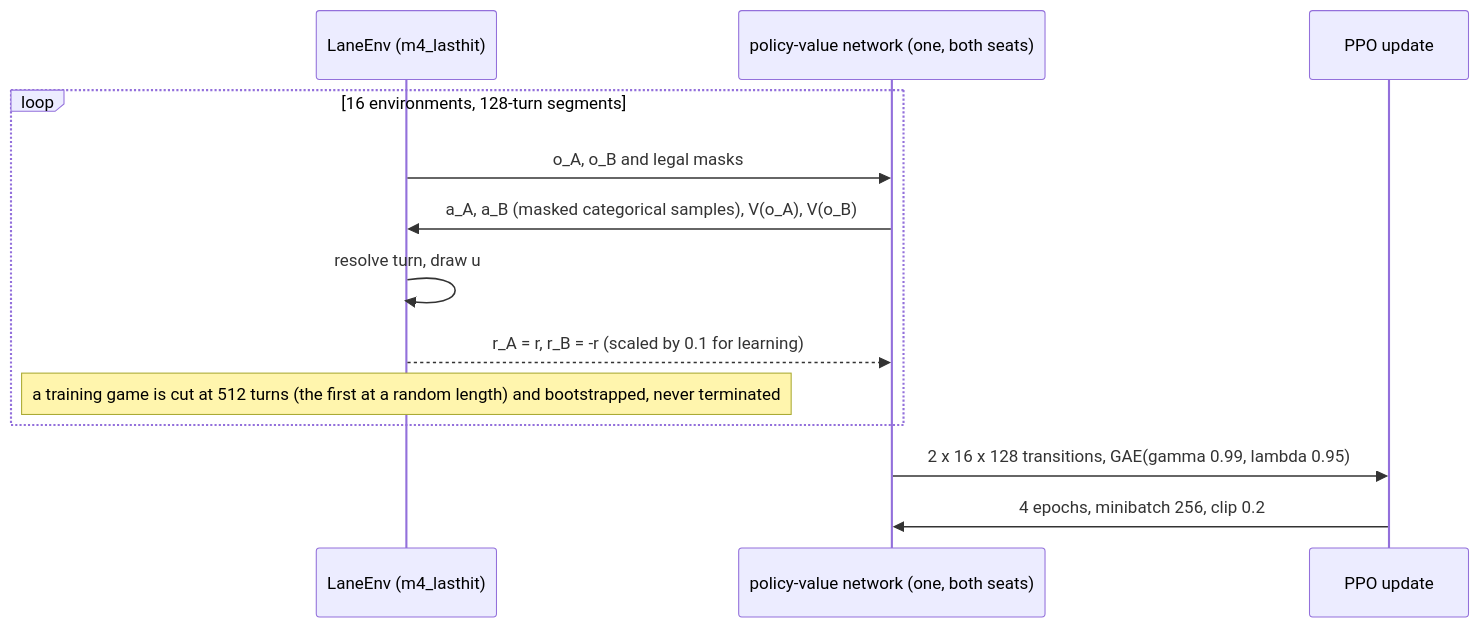
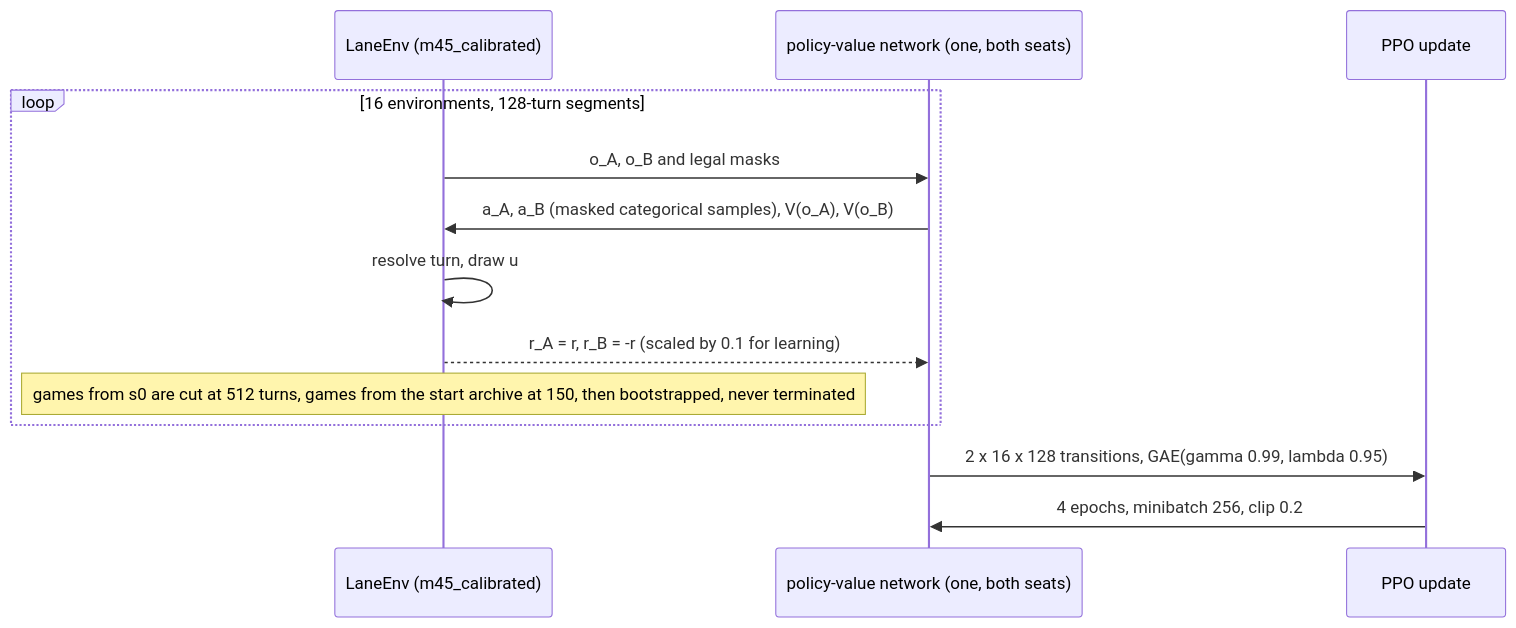
Before and after one commit to jcj1337/lol_laning_gt_rl: the third of 5 diagrams in docs/m4/laning_game_mathematical_reference.md, drawn with Mermaid. The commit also changed other lines of this file and 19 other files, not shown here.

````diff
--- a/docs/m4/laning_game_mathematical_reference.md
+++ b/docs/m4/laning_game_mathematical_reference.md
@@ -228,15 +236,15 @@
 ```mermaid
 sequenceDiagram
-    participant Env as LaneEnv (m4_lasthit)
+    participant Env as LaneEnv (m45_calibrated)
     participant Net as policy-value network (one, both seats)
     participant PPO as PPO update
     loop 16 environments, 128-turn segments
         Env->>Net: o_A, o_B and legal masks
         Net->>Env: a_A, a_B (masked categorical samples), V(o_A), V(o_B)
         Env->>Env: resolve turn, draw u
         Env-->>Net: r_A = r, r_B = -r (scaled by 0.1 for learning)
-        Note over Env: a training game is cut at 512 turns (the first at a random length) and bootstrapped, never terminated
+        Note over Env: games from s0 are cut at 512 turns, games from the start archive at 150, then bootstrapped, never terminated
     end
     Net->>PPO: 2 x 16 x 128 transitions, GAE(gamma 0.99, lambda 0.95)
     PPO->>Net: 4 epochs, minibatch 256, clip 0.2
 ```
````
